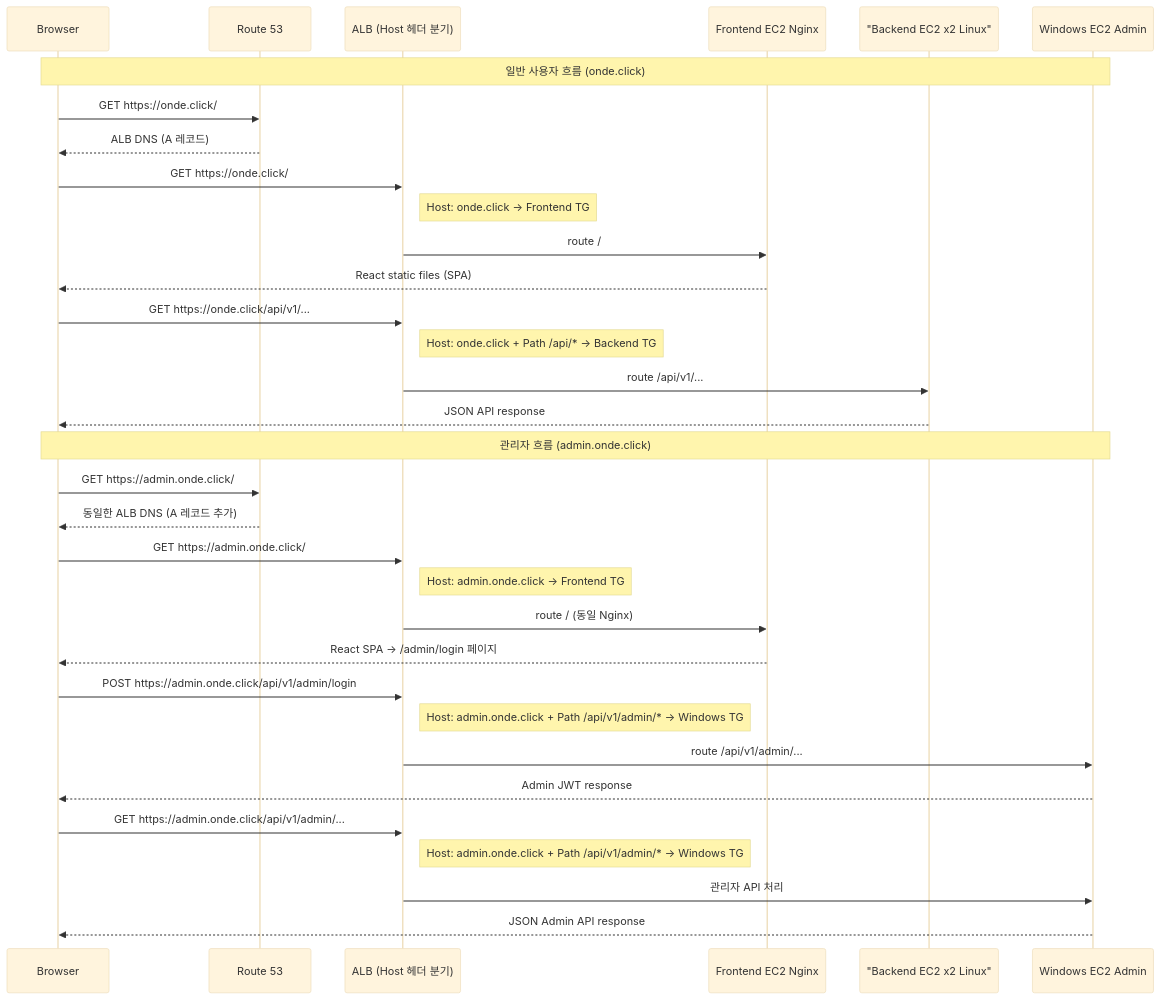
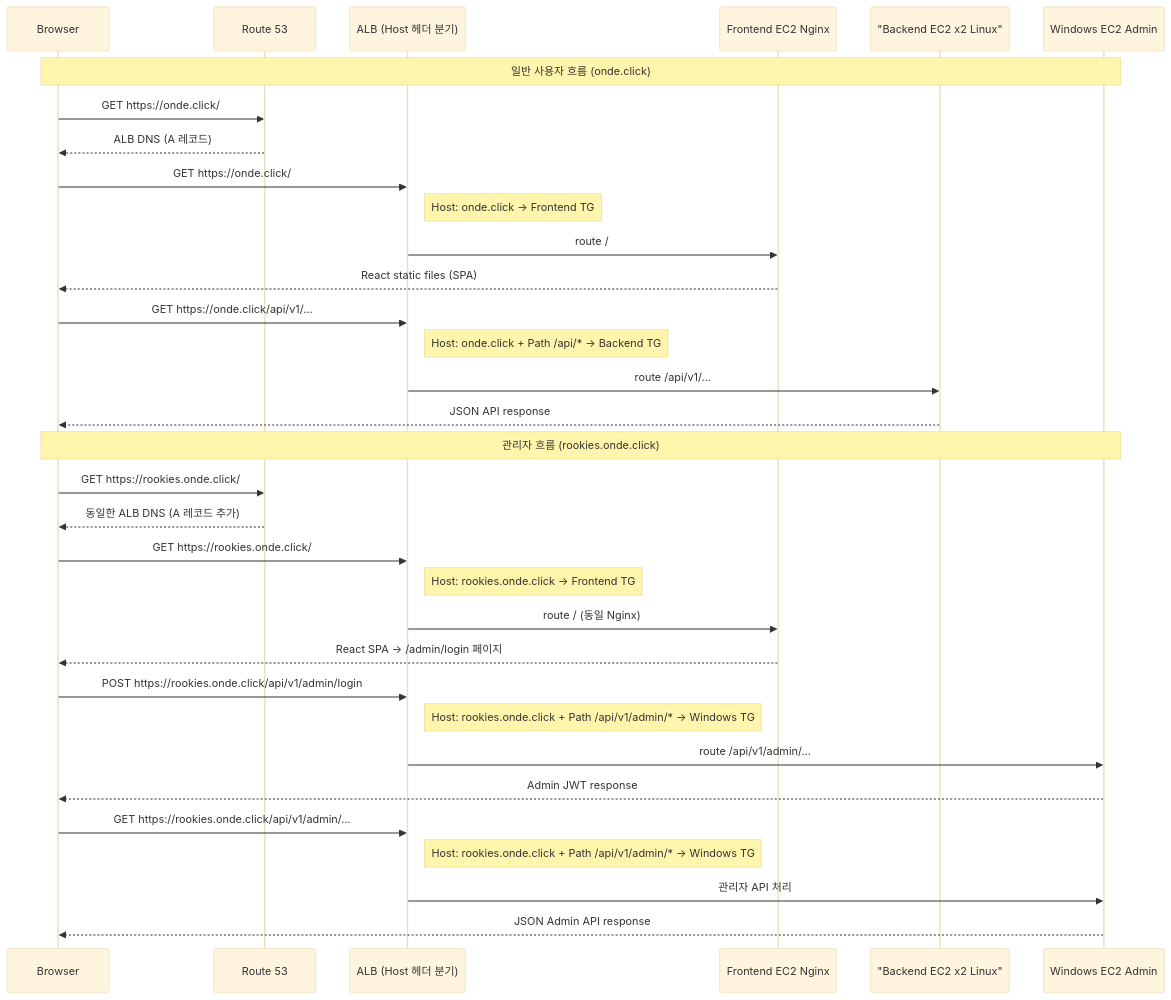
One commit to Hyeonseok93/SK-Rookies5-FINAL_ONDE changed the second of 2 diagrams in infra/README.md. Above: the diagram before and after it, drawn with Mermaid (base theme). The commit also changed other lines of this file and 1 other file, not shown here.

Commit message:
관리자 도메인 변경

````diff
--- a/infra/README.md
+++ b/infra/README.md
@@ -225,42 +225,42 @@
 ```mermaid
 sequenceDiagram
   participant Browser as Browser
   participant R53 as Route 53
   participant ALB as ALB (Host 헤더 분기)
   participant FE as Frontend EC2 Nginx
   participant BE as "Backend EC2 x2 Linux"
   participant WIN as Windows EC2 Admin
 
   Note over Browser,WIN: 일반 사용자 흐름 (onde.click)
 
   Browser->>R53: GET https://onde.click/
   R53-->>Browser: ALB DNS (A 레코드)
   Browser->>ALB: GET https://onde.click/
   Note right of ALB: Host: onde.click → Frontend TG
   ALB->>FE: route /
   FE-->>Browser: React static files (SPA)
 
   Browser->>ALB: GET https://onde.click/api/v1/...
   Note right of ALB: Host: onde.click + Path /api/* → Backend TG
   ALB->>BE: route /api/v1/...
   BE-->>Browser: JSON API response
 
-  Note over Browser,WIN: 관리자 흐름 (admin.onde.click)
+  Note over Browser,WIN: 관리자 흐름 (rookies.onde.click)
 
-  Browser->>R53: GET https://admin.onde.click/
+  Browser->>R53: GET https://rookies.onde.click/
   R53-->>Browser: 동일한 ALB DNS (A 레코드 추가)
-  Browser->>ALB: GET https://admin.onde.click/
-  Note right of ALB: Host: admin.onde.click → Frontend TG
+  Browser->>ALB: GET https://rookies.onde.click/
+  Note right of ALB: Host: rookies.onde.click → Frontend TG
   ALB->>FE: route / (동일 Nginx)
   FE-->>Browser: React SPA → /admin/login 페이지
 
-  Browser->>ALB: POST https://admin.onde.click/api/v1/admin/login
-  Note right of ALB: Host: admin.onde.click + Path /api/v1/admin/* → Windows TG
+  Browser->>ALB: POST https://rookies.onde.click/api/v1/admin/login
+  Note right of ALB: Host: rookies.onde.click + Path /api/v1/admin/* → Windows TG
   ALB->>WIN: route /api/v1/admin/...
   WIN-->>Browser: Admin JWT response
 
-  Browser->>ALB: GET https://admin.onde.click/api/v1/admin/...
-  Note right of ALB: Host: admin.onde.click + Path /api/v1/admin/* → Windows TG
+  Browser->>ALB: GET https://rookies.onde.click/api/v1/admin/...
+  Note right of ALB: Host: rookies.onde.click + Path /api/v1/admin/* → Windows TG
   ALB->>WIN: 관리자 API 처리
   WIN-->>Browser: JSON Admin API response
 ```
````
